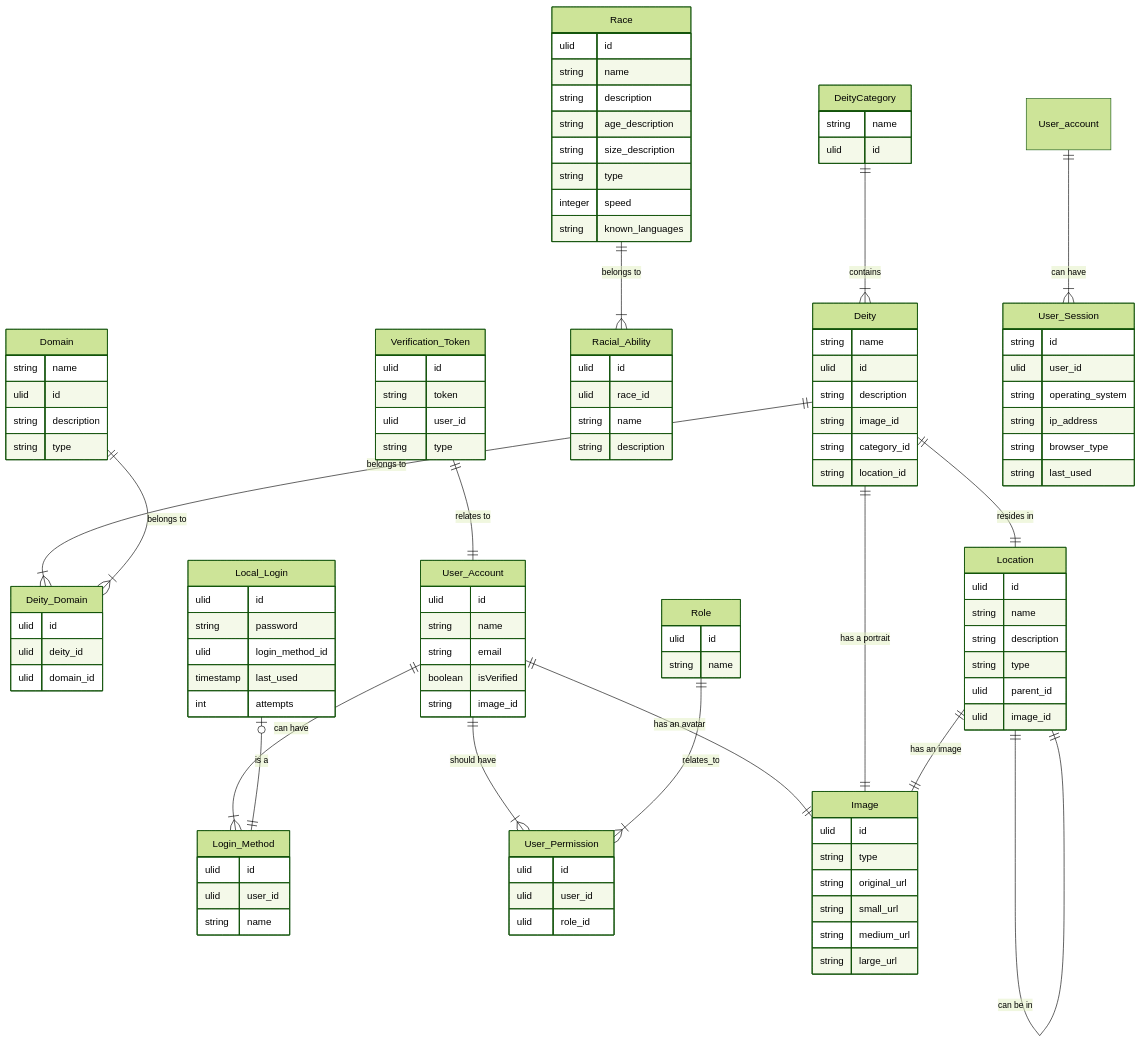
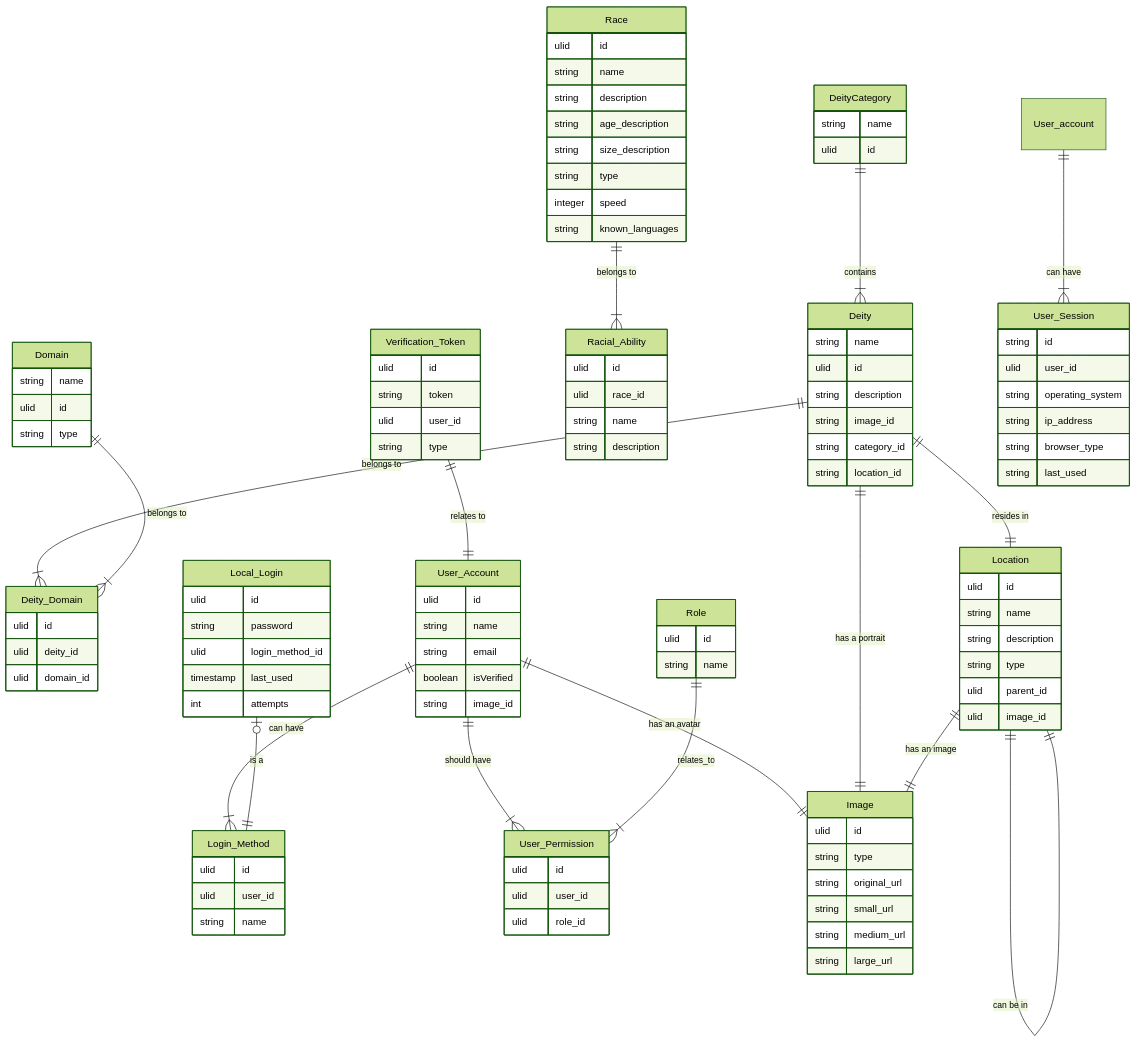
Before and after one commit to jmcdo29/unteris: the diagram in libs/db/migrations/diagram.mmd, drawn with Mermaid (forest theme). The commit also changed 80 other files, not shown here.

```diff
--- a/libs/db/migrations/diagram.mmd
+++ b/libs/db/migrations/diagram.mmd
@@ -1,113 +1,112 @@
 erDiagram
     DeityCategory ||--|{ Deity : "contains"
     Deity ||--|{ Deity_Domain : "belongs to"
     Domain ||--|{ Deity_Domain : "belongs to"
     Deity ||--|| Location : "resides in"
     Race ||--|{ Racial_Ability : "belongs to"
     User_Account ||--|{ Login_Method : "can have"
     Local_Login |o--|| Login_Method : "is a"
     User_Account ||--|{ User_Permission : "should have"
     Verification_Token ||--|| User_Account : "relates to"
     Role ||--|{ User_Permission : "relates_to"
     User_Account ||--|| Image : "has an avatar"
     User_account ||--|{ User_Session : "can have"
     Deity ||--|| Image : "has a portrait"
     Location ||--|| Location : "can be in"
     Location ||--||Image : "has an image"
     DeityCategory {
         string name
         ulid id
     }
     Deity {
         string name
         ulid id
         string description
         string image_id
         string category_id
         string location_id
     }
     Domain {
         string name
         ulid id
-        string description
         string type
     }
     Deity_Domain {
         ulid id
         ulid deity_id
         ulid domain_id
     }
     Location {
         ulid id
         string name
         string description
         string type
         ulid parent_id
         ulid image_id
     }
     Race {
         ulid id
         string name
         string description
         string age_description
         string size_description
         string type
         integer speed
         string known_languages
     }
     Racial_Ability {
         ulid id
         ulid race_id
         string name
         string description
     }
     User_Account {
         ulid id
         string name
         string email
         boolean isVerified
         string image_id
     }
     User_Permission {
         ulid id
         ulid user_id
         ulid role_id
     }
     Login_Method {
         ulid id
         ulid user_id
         string name
     }
     Local_Login {
         ulid id
         string password
         ulid login_method_id
         timestamp last_used
         int attempts
     }
     Role {
         ulid id
         string name
     }
     Verification_Token {
         ulid id
         string token
         ulid user_id
         string type
     }
     Image {
         ulid id
         string type
         string original_url
         string small_url
         string medium_url
         string large_url
     }
     User_Session {
         string id
         ulid user_id
         string operating_system
         string ip_address
         string browser_type
         string last_used
     }
```
